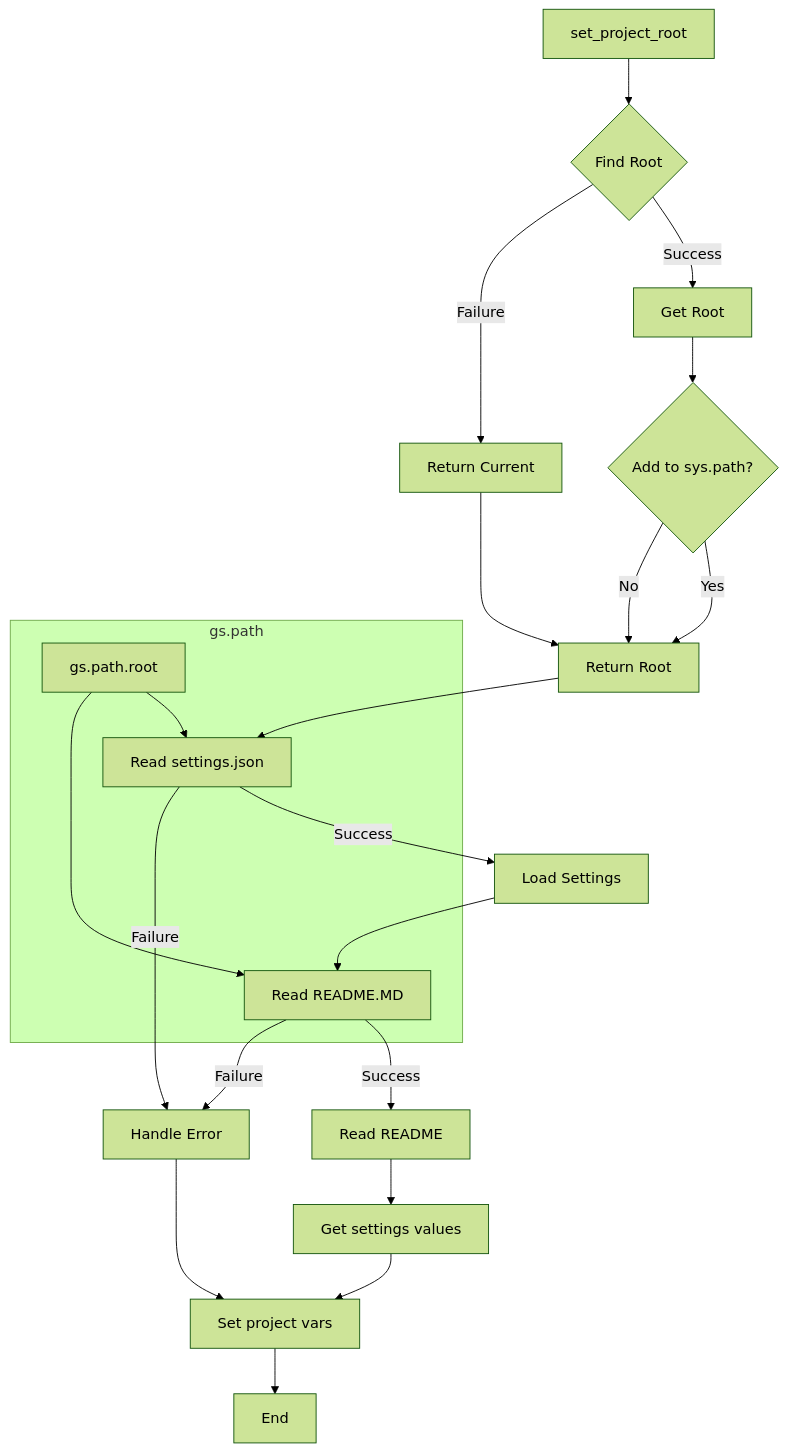
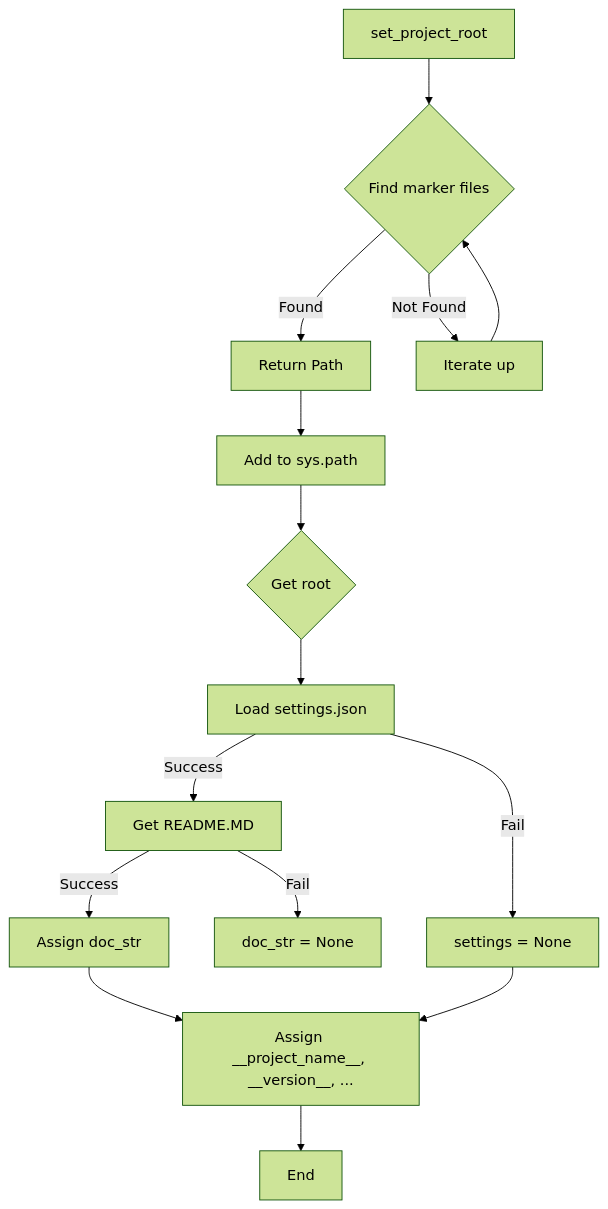
Before and after one commit to hypo69/hypo: the diagram in docs/gemini/ru/explainer/src/suppliers/ivory/header.md, drawn with Mermaid (forest theme). The commit also changed other lines of this file and 468 other files, not shown here.

````diff
--- a/docs/gemini/ru/explainer/src/suppliers/ivory/header.md
+++ b/docs/gemini/ru/explainer/src/suppliers/ivory/header.md
@@ -116,25 +111,17 @@
 ```mermaid
 graph TD
-    A[set_project_root] --> B{Find Root};
-    B -- Success --> C[Get Root];
-    B -- Failure --> D[Return Current];
-    C --> E{Add to sys.path?};
-    E -- Yes --> F[Return Root];
-    E -- No --> F;
-    D --> F;
-    F --> G[Read settings.json];
-    G -- Success --> H[Load Settings];
-    G -- Failure --> I[Handle Error];
-    H --> J[Read README.MD];
-    J -- Success --> K[Read README];
-    J -- Failure --> I;
-    K --> L[Get settings values];
-    L --> M[Set project vars];
-    I --> M;
-    M --> N[End];
-    
-    subgraph "gs.path"
-        gs.path.root --> G;
-        gs.path.root --> J;
-    end
+    A[set_project_root] --> B{Find marker files};
+    B -- Found --> C[Return Path];
+    B -- Not Found --> D[Iterate up];
+    D --> B;
+    C --> E[Add to sys.path];
+    E --> F{Get root};
+    F --> G[Load settings.json];
+    G -- Success --> H[Get README.MD];
+    G -- Fail --> I[settings = None];
+    H -- Success --> J[Assign doc_str];
+    H -- Fail --> K[doc_str = None];
+    J --> L[Assign __project_name__, __version__, ...];
+    I --> L;
+    L --> M[End];
 ```
````
